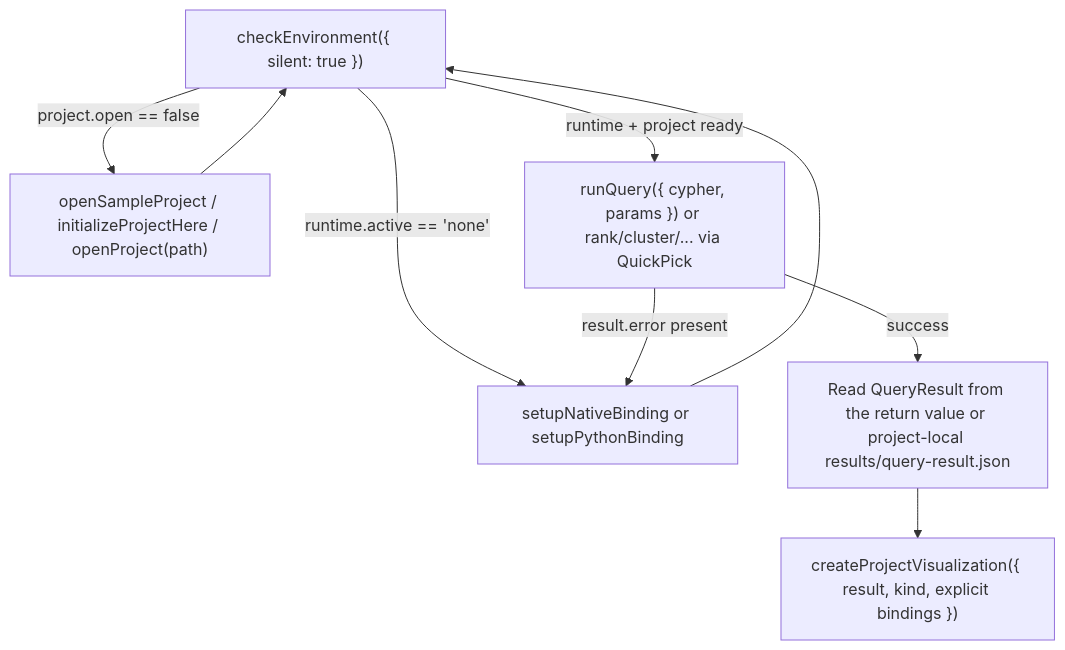
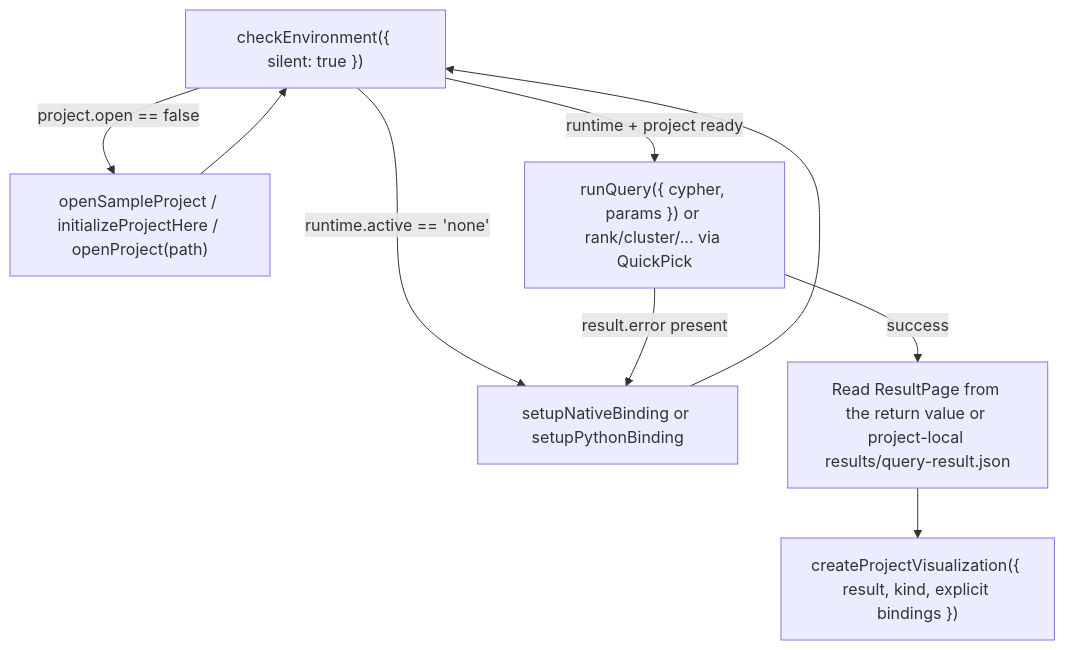
The diagram in docs/experience/agent-interop.md (CurateLabs/graphforge-vscode), drawn with Mermaid before and after one commit. The commit also changed other lines of this file and 39 other files, not shown here.

````diff
--- a/docs/experience/agent-interop.md
+++ b/docs/experience/agent-interop.md
@@ -199,11 +230,11 @@
 ```mermaid
 flowchart TD
     A["checkEnvironment({ silent: true })"] -->|runtime.active == 'none'| B["setupNativeBinding or setupPythonBinding"]
     A -->|project.open == false| C["openSampleProject / initializeProjectHere / openProject(path)"]
     A -->|runtime + project ready| D["runQuery({ cypher, params }) or rank/cluster/... via QuickPick"]
     B --> A
     C --> A
     D -->|result.error present| B
-    D -->|success| E["Read QueryResult from the return value or project-local results/query-result.json"]
+    D -->|success| E["Read ResultPage from the return value or project-local results/query-result.json"]
     E --> F["createProjectVisualization({ result, kind, explicit bindings })"]
 ```
````
